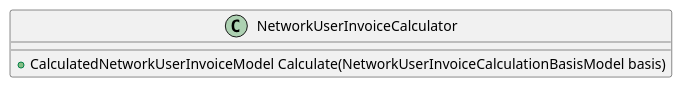
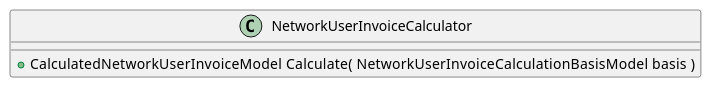
Before and after one commit to altibiz/ozds: the fifth of 36 diagrams in docs/wiki/en/structure/business.md, drawn with PlantUML. The commit also changed 16 other files, not shown here.

````diff
--- a/docs/wiki/en/structure/business.md
+++ b/docs/wiki/en/structure/business.md
@@ -159,10 +159,12 @@
 ```plantuml
 @startuml
 
 class NetworkUserInvoiceCalculator
 {
-  + CalculatedNetworkUserInvoiceModel Calculate(NetworkUserInvoiceCalculationBasisModel basis)
+  + CalculatedNetworkUserInvoiceModel Calculate( \
+    NetworkUserInvoiceCalculationBasisModel basis \
+  )
 }
 
 @enduml
 ```
````
